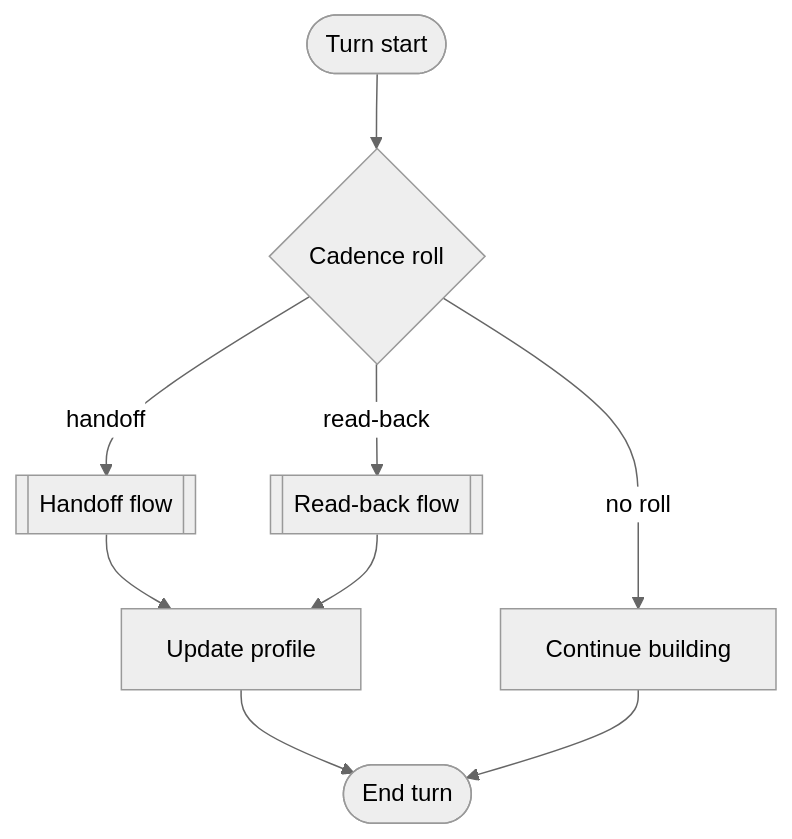
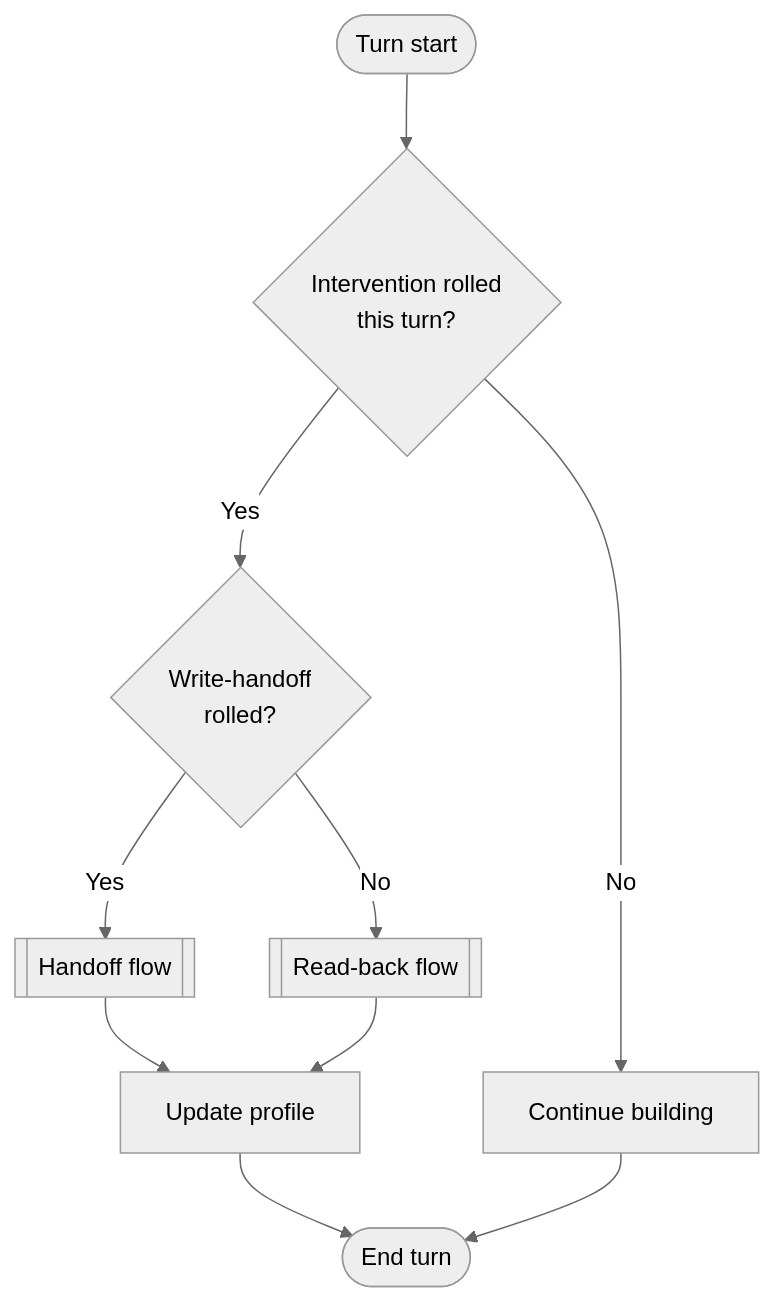
The first of 5 diagrams in skills/vibe-code-antidote/SKILL.md (MegaByteMark/skills-to-pay-the-ai-bills), drawn with Mermaid (neutral theme) before and after one commit. The commit also changed other lines of this file and 2 other files, not shown here.

First line of the commit message:
fix: harden vibe-code-antidote diagrams, log schema, and escalation counters

````diff
--- a/skills/vibe-code-antidote/SKILL.md
+++ b/skills/vibe-code-antidote/SKILL.md
@@ -33,11 +33,12 @@
 ```mermaid
 flowchart TD
-    START([Turn start]) --> ROLL{Cadence roll}
-    ROLL -->|handoff| HANDOFF[[Handoff flow]]
-    ROLL -->|read-back| READBACK[[Read-back flow]]
-    ROLL -->|no roll| BUILD[Continue building]
+    START([Turn start]) --> ROLL{Intervention rolled<br>this turn?}
+    ROLL -->|No| BUILD[Continue building]
+    ROLL -->|Yes| WROLL{Write-handoff<br>rolled?}
+    WROLL -->|Yes| HANDOFF[[Handoff flow]]
+    WROLL -->|No| READBACK[[Read-back flow]]
     HANDOFF --> PROFILE[Update profile]
     READBACK --> PROFILE
     PROFILE --> END([End turn])
     BUILD --> END
 ```
````
